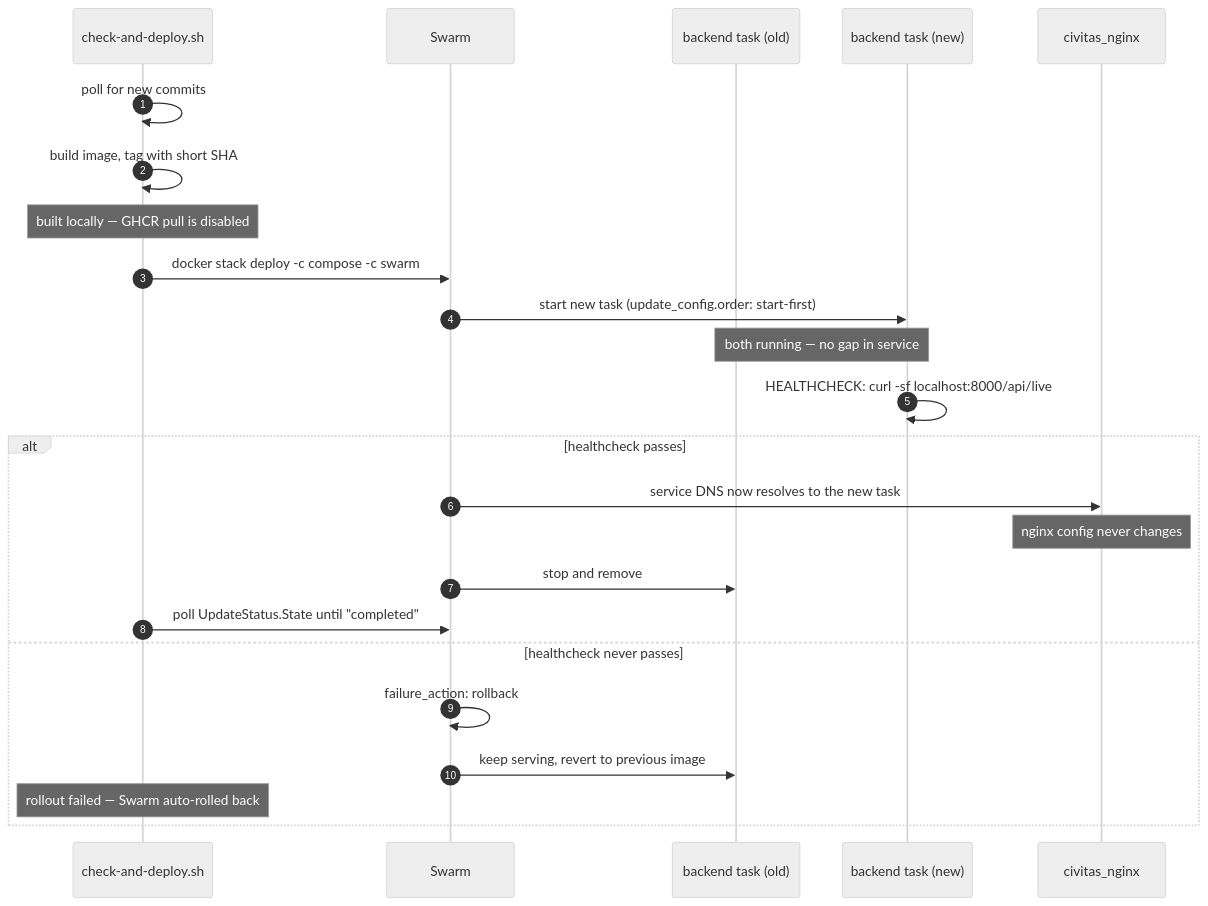
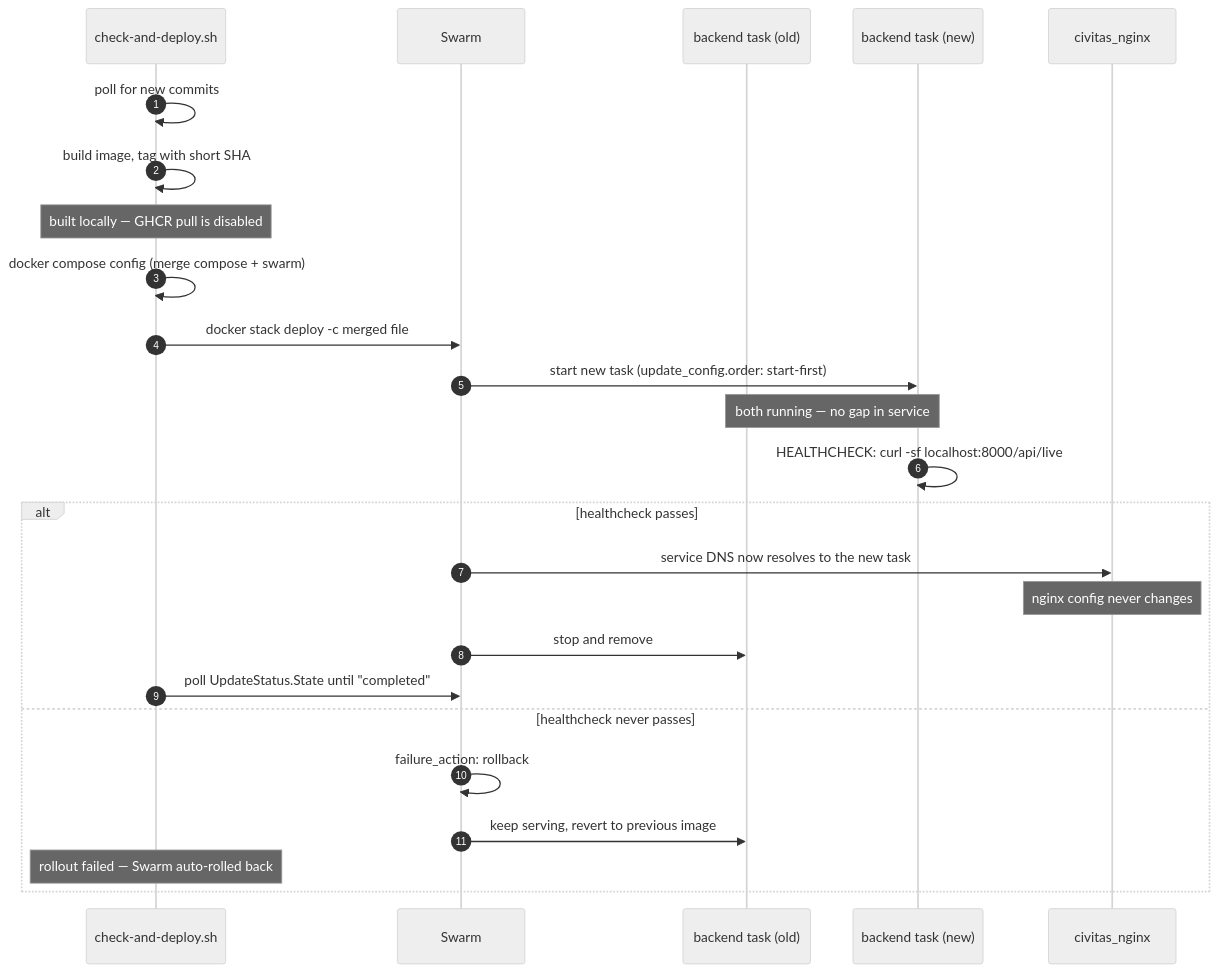
Before and after one commit to kamoras/civitas: the second of 2 diagrams in docs/diagrams/08-deployment.md, drawn with Mermaid (neutral theme). The commit also changed 39 other files, not shown here.

````diff
--- a/docs/diagrams/08-deployment.md
+++ b/docs/diagrams/08-deployment.md
@@ -56,29 +56,30 @@
 ```mermaid
 sequenceDiagram
     autonumber
     participant Cron as check-and-deploy.sh
     participant Swarm
     participant Old as backend task (old)
     participant New as backend task (new)
     participant Nginx as civitas_nginx
 
     Cron->>Cron: poll for new commits
     Cron->>Cron: build image, tag with short SHA
     Note over Cron: built locally — GHCR pull is disabled
-    Cron->>Swarm: docker stack deploy -c compose -c swarm
+    Cron->>Cron: docker compose config (merge compose + swarm)
+    Cron->>Swarm: docker stack deploy -c merged file
 
     Swarm->>New: start new task (update_config.order: start-first)
     Note over Old,New: both running — no gap in service
     New->>New: HEALTHCHECK: curl -sf localhost:8000/api/live
 
     alt healthcheck passes
         Swarm->>Nginx: service DNS now resolves to the new task
         Note over Nginx: nginx config never changes
         Swarm->>Old: stop and remove
         Cron->>Swarm: poll UpdateStatus.State until "completed"
     else healthcheck never passes
         Swarm->>Swarm: failure_action: rollback
         Swarm->>Old: keep serving, revert to previous image
         Note over Cron: rollout failed — Swarm auto-rolled back
     end
 ```
````
